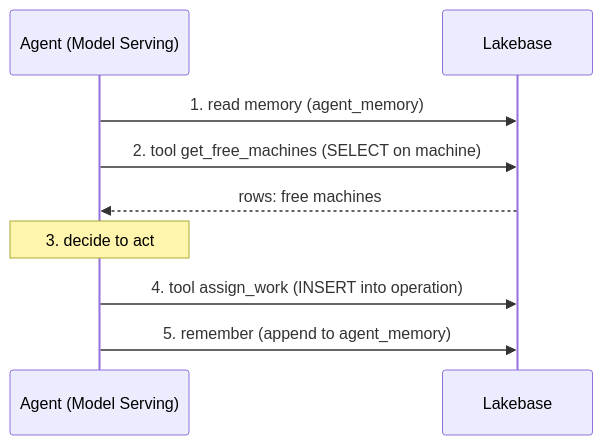
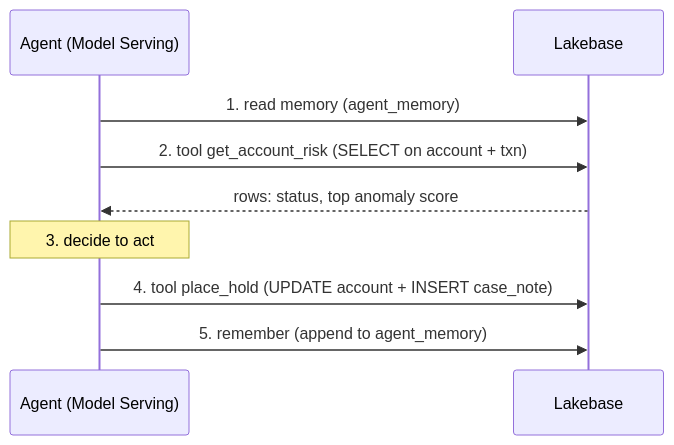
One commit to honnuanand/databricks-lakebase-workshop-mexicocity changed the diagram in journeys/agentic-work/README.md. Above: the diagram before and after it, drawn with Mermaid. The commit also changed other lines of this file and 103 other files, not shown here.

````diff
--- a/journeys/agentic-work/README.md
+++ b/journeys/agentic-work/README.md
@@ -45,11 +48,11 @@
 ```mermaid
 sequenceDiagram
     participant A as Agent (Model Serving)
     participant DB as Lakebase
     A->>DB: 1. read memory (agent_memory)
-    A->>DB: 2. tool get_free_machines (SELECT on machine)
-    DB-->>A: rows: free machines
+    A->>DB: 2. tool get_account_risk (SELECT on account + txn)
+    DB-->>A: rows: status, top anomaly score
     Note over A: 3. decide to act
-    A->>DB: 4. tool assign_work (INSERT into operation)
+    A->>DB: 4. tool place_hold (UPDATE account + INSERT case_note)
     A->>DB: 5. remember (append to agent_memory)
 ```
````
